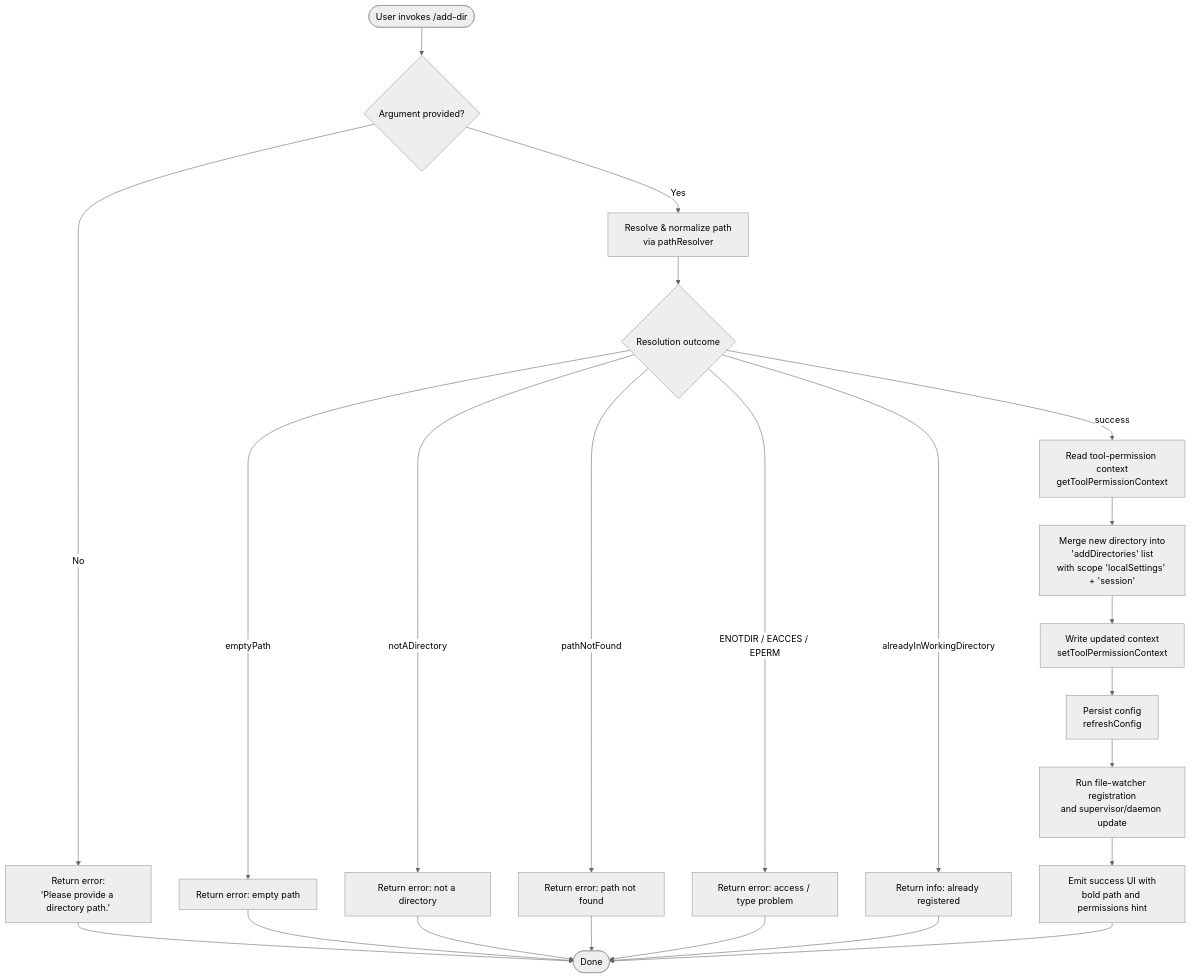
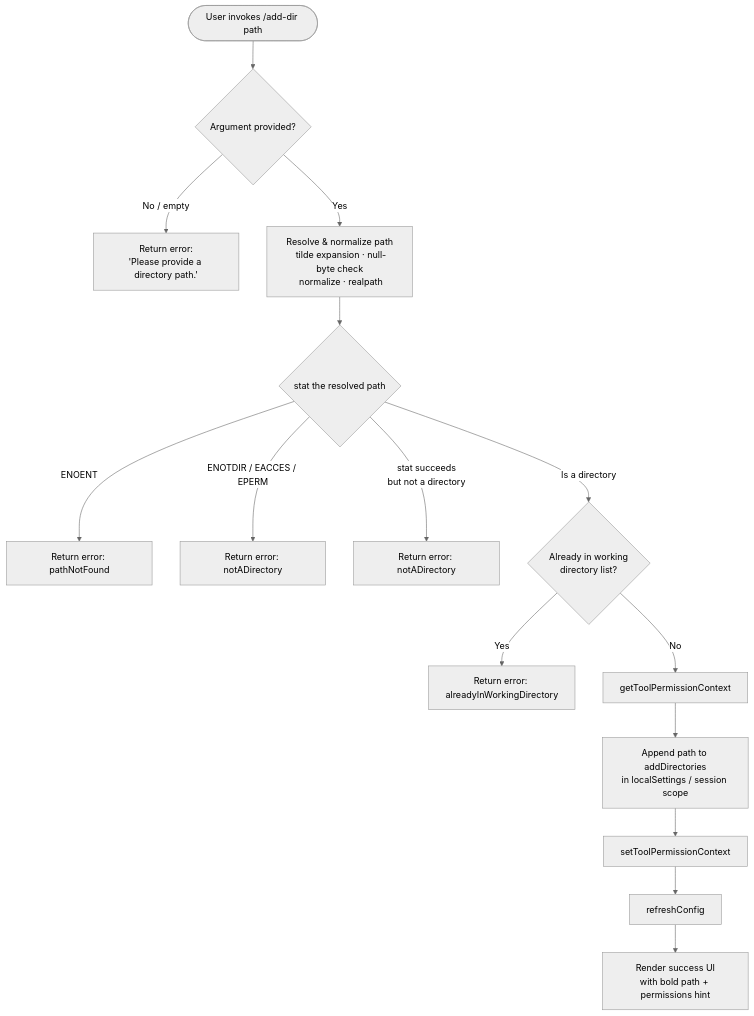
The diagram in versions/v2.1.143/add-dir.md (MyLittleLuckyDog/cc-gnothi), drawn with Mermaid (neutral theme) before and after one commit. The commit also changed other lines of this file and 87 other files, not shown here.

````diff
--- a/versions/v2.1.143/add-dir.md
+++ b/versions/v2.1.143/add-dir.md
@@ -46,25 +46,17 @@
 ```mermaid
 flowchart TD
-    A([User invokes /add-dir]) --> B{Argument provided?}
-    B -- No --> C[Return error:\n'Please provide a directory path.']
-    B -- Yes --> D[Resolve & normalize path\nvia pathResolver]
-    D --> E{Resolution outcome}
-    E -- emptyPath --> F[Return error: empty path]
-    E -- notADirectory --> G[Return error: not a directory]
-    E -- pathNotFound --> H[Return error: path not found]
-    E -- ENOTDIR / EACCES / EPERM --> I[Return error: access / type problem]
-    E -- alreadyInWorkingDirectory --> J[Return info: already registered]
-    E -- success --> K[Read tool-permission context\ngetToolPermissionContext]
-    K --> L[Merge new directory into\n'addDirectories' list\nwith scope 'localSettings' + 'session']
-    L --> M[Write updated context\nsetToolPermissionContext]
-    M --> N[Persist config\nrefreshConfig]
-    N --> O[Run file-watcher registration\nand supervisor/daemon update]
-    O --> P[Emit success UI with\nbold path and permissions hint]
-    P --> Z([Done])
-    C --> Z
-    F --> Z
-    G --> Z
-    H --> Z
-    I --> Z
-    J --> Z
+    A([User invokes /add-dir path]) --> B{Argument provided?}
+    B -- No / empty --> C[Return error:\n'Please provide a directory path.']
+    B -- Yes --> D[Resolve & normalize path\n tilde expansion · null-byte check\n normalize · realpath]
+    D --> E{stat the resolved path}
+    E -- ENOENT --> F[Return error: pathNotFound]
+    E -- ENOTDIR / EACCES / EPERM --> G[Return error: notADirectory]
+    E -- stat succeeds\nbut not a directory --> H[Return error: notADirectory]
+    E -- Is a directory --> I{Already in working\ndirectory list?}
+    I -- Yes --> J[Return error: alreadyInWorkingDirectory]
+    I -- No --> K[getToolPermissionContext]
+    K --> L[Append path to addDirectories\nin localSettings / session scope]
+    L --> M[setToolPermissionContext]
+    M --> N[refreshConfig]
+    N --> O[Render success UI\nwith bold path + permissions hint]
 ```
````
